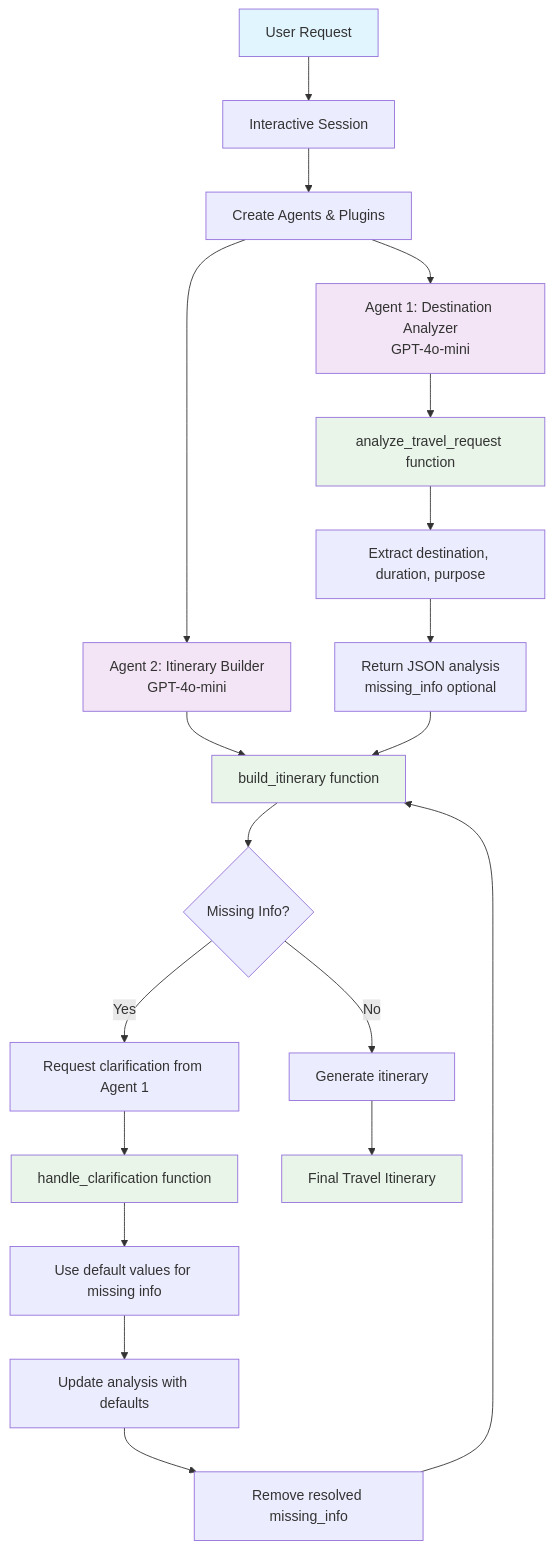
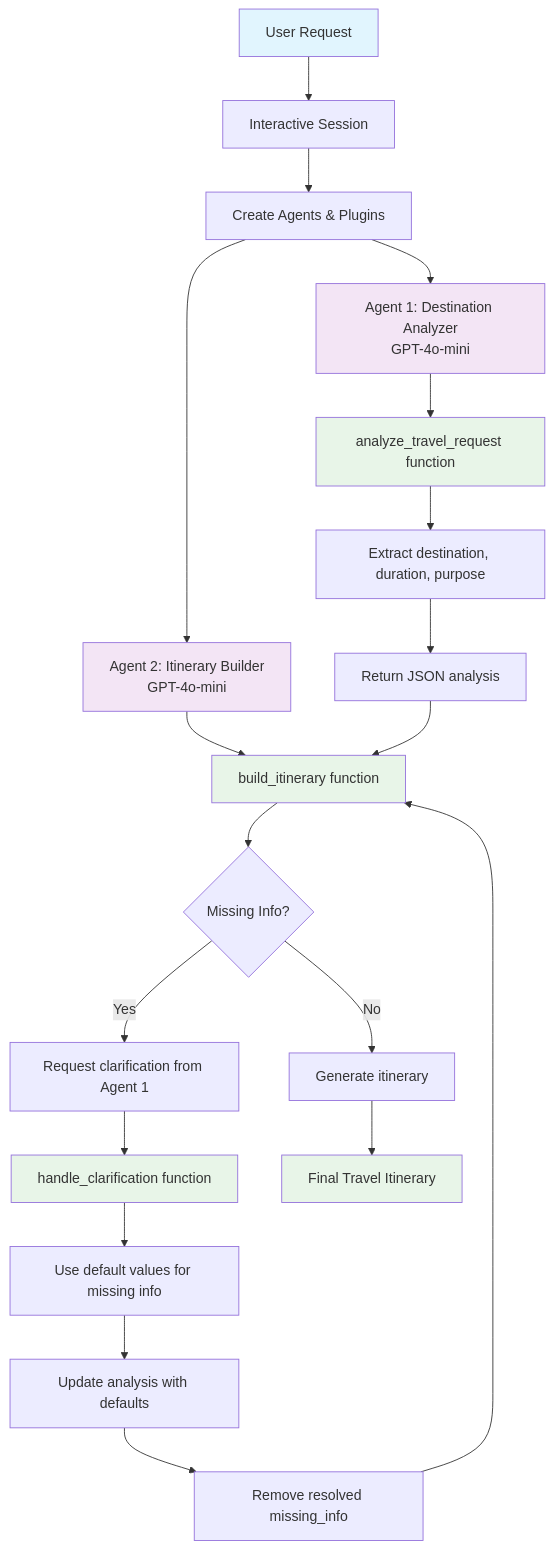
Before and after one commit to iamask/multi-agent-travel-planner: the diagram in README.md, drawn with Mermaid.

````diff
--- a/README.md
+++ b/README.md
@@ -45,38 +45,38 @@
 ```mermaid
 flowchart TD
     A[User Request] --> B[Interactive Session]
     B --> C[Create Agents & Plugins]
     C --> D[Agent 1: Destination Analyzer<br/>GPT-4o-mini]
     C --> E[Agent 2: Itinerary Builder<br/>GPT-4o-mini]
 
     %% Agent 1 Flow
     D --> F[analyze_travel_request function]
     F --> G[Extract destination, duration, purpose]
-    G --> H[Return JSON analysis<br/>missing_info optional]
+    G --> H[Return JSON analysis]
 
     %% Agent 2 Flow
     E --> I[build_itinerary function]
     I --> J{Missing Info?}
     J -->|No| K[Generate itinerary]
     J -->|Yes| L[Request clarification from Agent 1]
 
     %% Feedback Loop
     L --> M[handle_clarification function]
     M --> N[Use default values for missing info]
     N --> O[Update analysis with defaults]
     O --> P[Remove resolved missing_info]
     P --> I
 
     %% Complete Flow
     H --> I
     K --> Q[Final Travel Itinerary]
 
     %% Styling
     style A fill:#e1f5fe
     style D fill:#f3e5f5
     style E fill:#f3e5f5
     style F fill:#e8f5e8
     style I fill:#e8f5e8
     style M fill:#e8f5e8
     style Q fill:#e8f5e8
 ```
````
